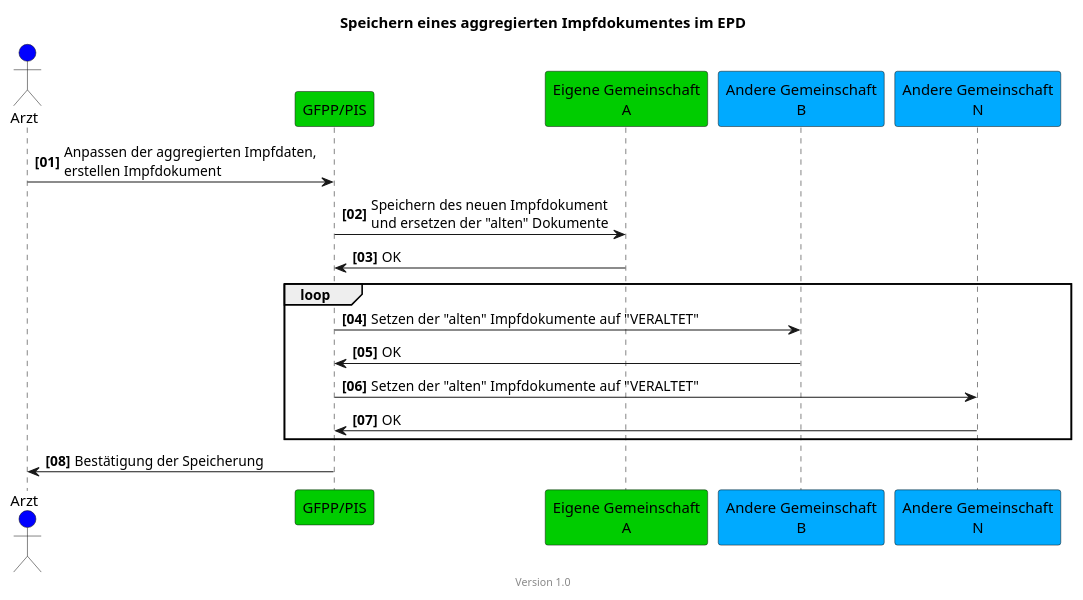
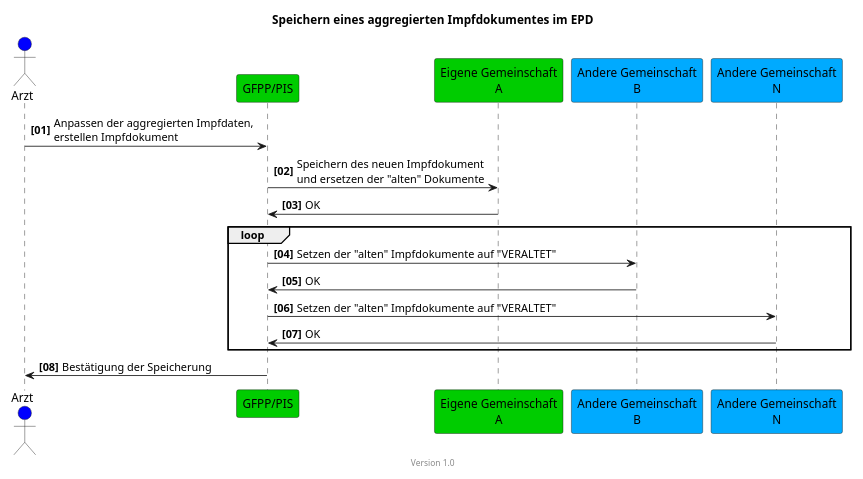
The diagram in input/images-source/epd-save-and-replace-vaccination-doc-simple.plantuml (hl7ch/ch-vacd), drawn with PlantUML before and after one commit. The commit also changed 15 other files, not shown here.

Commit message:
add text and diagrams to the usecases EPD

```diff
--- a/input/images-source/epd-save-and-replace-vaccination-doc-simple.plantuml
+++ b/input/images-source/epd-save-and-replace-vaccination-doc-simple.plantuml
@@ -1,26 +1,27 @@
 @startuml
 title Speichern eines aggregierten Impfdokumentes im EPD
 footer Version 1.0
 skinparam responseMessageBelowArrow true
+scale max 800 width
 
 actor Arzt #blue
 participant "GFPP/PIS" #00CC00
 participant "Eigene Gemeinschaft\nA" #00CC00
 participant "Andere Gemeinschaft\nB" #00aaff
 participant "Andere Gemeinschaft\nN" #00aaff
 
 autonumber "<b>[00]"
 Arzt -> "GFPP/PIS": Anpassen der aggregierten Impfdaten,\nerstellen Impfdokument
 "GFPP/PIS" -> "Eigene Gemeinschaft\nA": Speichern des neuen Impfdokument\nund ersetzen der "alten" Dokumente
 "Eigene Gemeinschaft\nA" -> "GFPP/PIS": OK
 
 loop
 "GFPP/PIS" -> "Andere Gemeinschaft\nB": Setzen der "alten" Impfdokumente auf "VERALTET"
 "Andere Gemeinschaft\nB" -> "GFPP/PIS": OK
 
 "GFPP/PIS" -> "Andere Gemeinschaft\nN": Setzen der "alten" Impfdokumente auf "VERALTET"
 "Andere Gemeinschaft\nN" -> "GFPP/PIS": OK
 end
 "GFPP/PIS" -> Arzt: Bestätigung der Speicherung
 
 @enduml
```
